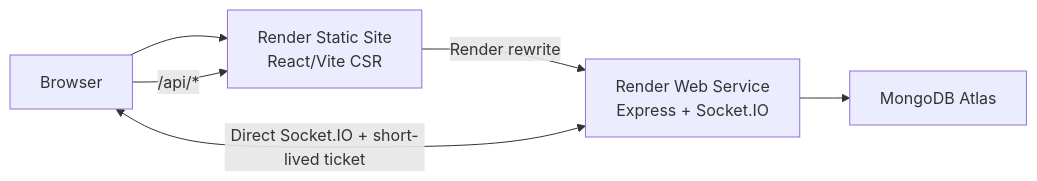
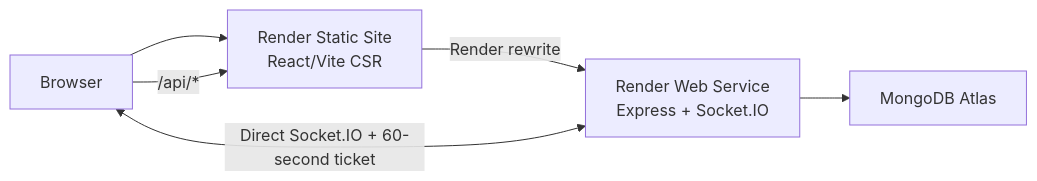
Before and after one commit to khalteck/RelayOps: the second of 8 diagrams in docs/architecture.md, drawn with Mermaid. The commit also changed other lines of this file and 64 other files, not shown here.

````diff
--- a/docs/architecture.md
+++ b/docs/architecture.md
@@ -6,8 +45,8 @@
 ```mermaid
 flowchart LR
-    Browser --> Web["Render Static Site<br/>React/Vite CSR"]
-    Browser -->|"/api/*"| Web
-    Web -->|"Render rewrite"| API["Render Web Service<br/>Express + Socket.IO"]
-    Browser <-->|"Direct Socket.IO + short-lived ticket"| API
-    API --> Mongo["MongoDB Atlas"]
+    Browser --> Static["Render Static Site<br/>React/Vite CSR"]
+    Browser -->|"/api/*"| Static
+    Static -->|"Render rewrite"| API["Render Web Service<br/>Express + Socket.IO"]
+    Browser <-->|"Direct Socket.IO + 60-second ticket"| API
+    API --> Atlas["MongoDB Atlas"]
 ```
````
